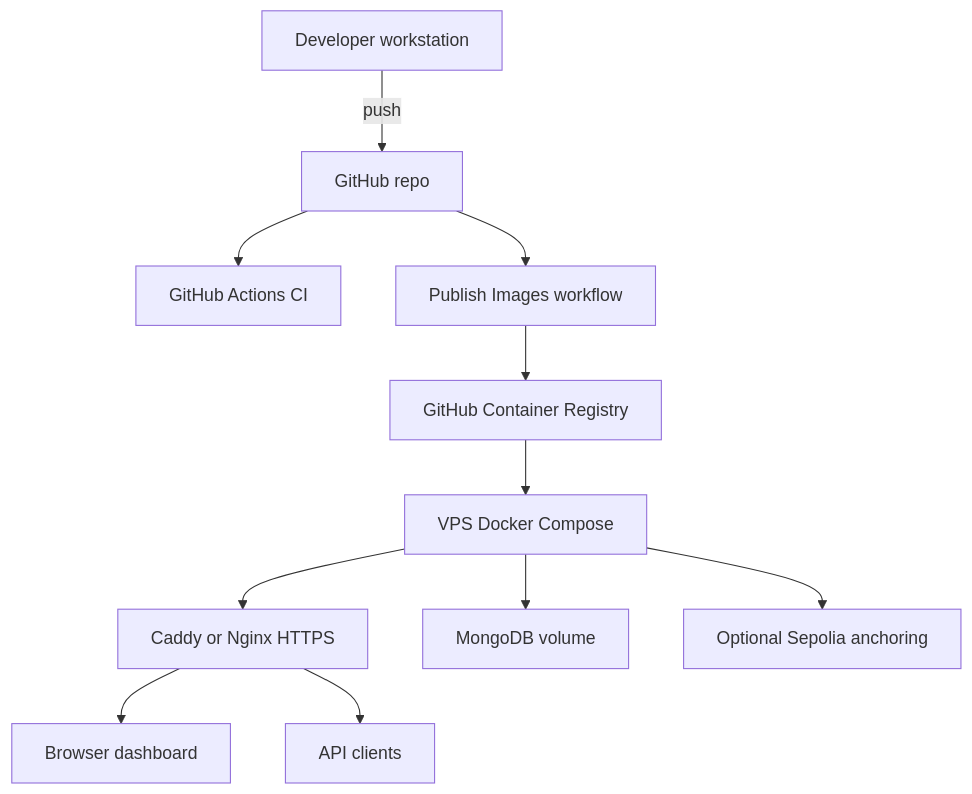
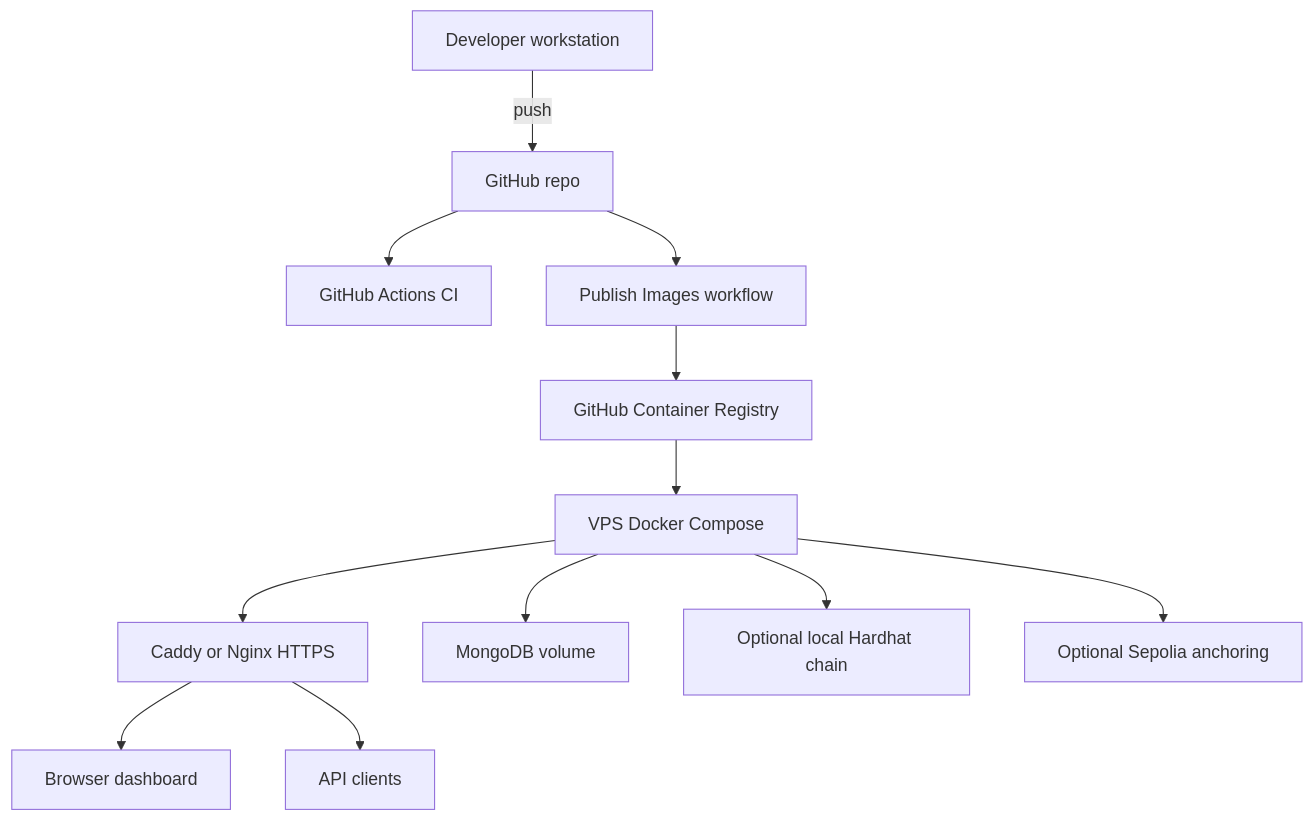
The second of 4 diagrams in docs/architecture.md (ccastromar/ai-blockchain-provenance), drawn with Mermaid before and after one commit. The commit also changed other lines of this file and 20 other files, not shown here.

Commit message:
Add local chain

````diff
--- a/docs/architecture.md
+++ b/docs/architecture.md
@@ -35,13 +35,14 @@
 ```mermaid
 flowchart TD
   Dev["Developer workstation"] -->|push| GitHub["GitHub repo"]
   GitHub --> CI["GitHub Actions CI"]
   GitHub --> Publish["Publish Images workflow"]
   Publish --> GHCR["GitHub Container Registry"]
   GHCR --> VPS["VPS Docker Compose"]
   VPS --> Proxy["Caddy or Nginx HTTPS"]
   Proxy --> Browser["Browser dashboard"]
   Proxy --> APIClient["API clients"]
   VPS --> Mongo["MongoDB volume"]
+  VPS --> LocalChain["Optional local Hardhat chain"]
   VPS --> Sepolia["Optional Sepolia anchoring"]
 ```
````
